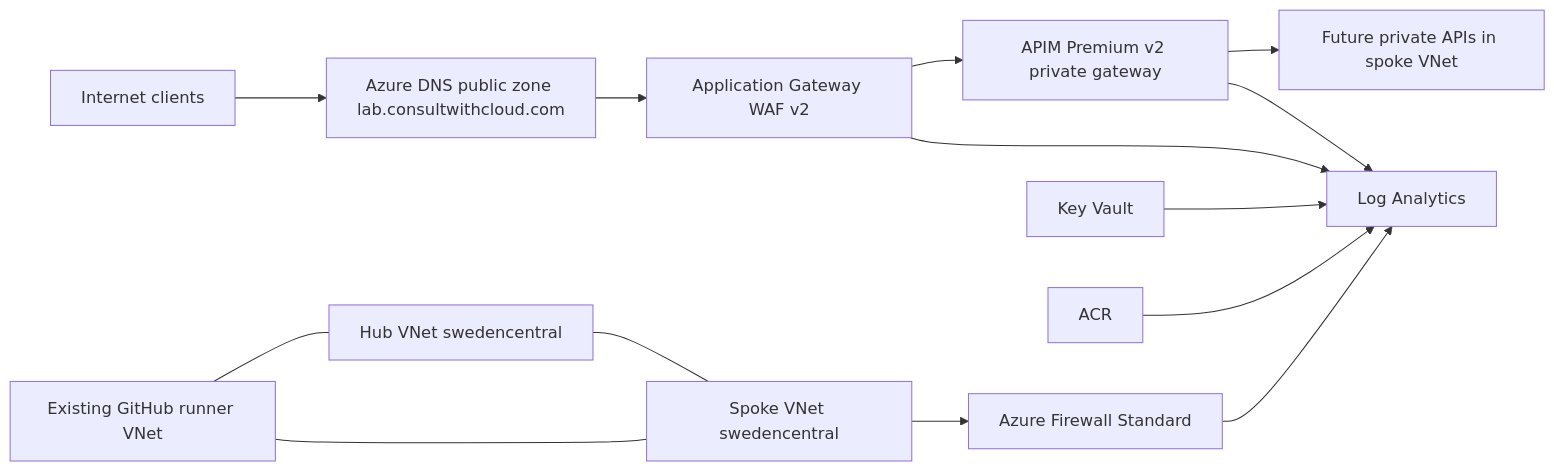
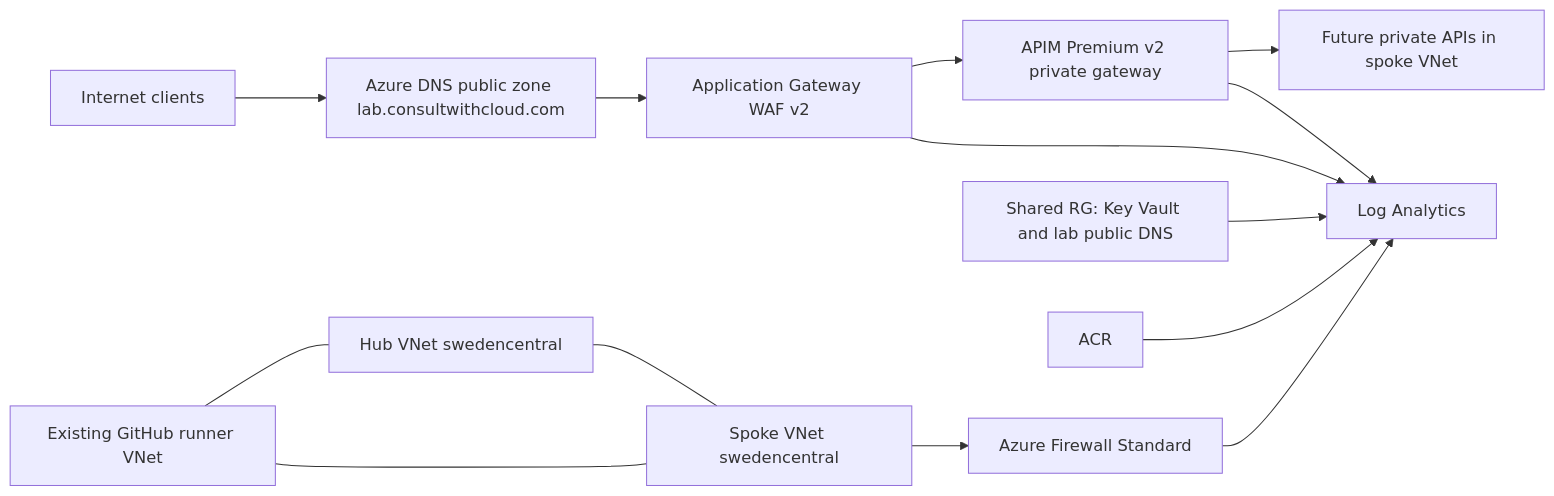
One commit to collaborationwithothers/azure-apim-ai-gateway-architecture-lab changed the diagram in design-log/001-hub-spoke-apim-edge-platform.md. Above: the diagram before and after it, drawn with Mermaid. The commit also changed other lines of this file and 25 other files, not shown here.

Commit message:
Add persistent bootstrap and retained destroy flow

````diff
--- a/design-log/001-hub-spoke-apim-edge-platform.md
+++ b/design-log/001-hub-spoke-apim-edge-platform.md
@@ -102,18 +110,18 @@
 ```mermaid
 flowchart LR
   internet[Internet clients] --> dns[Azure DNS public zone lab.consultwithcloud.com]
   dns --> appgw[Application Gateway WAF v2]
   appgw --> apim[APIM Premium v2 private gateway]
   apim --> spoke[Future private APIs in spoke VNet]
 
   runner[Existing GitHub runner VNet] --- hub[Hub VNet swedencentral]
   runner --- spokeVnet[Spoke VNet swedencentral]
   hub --- spokeVnet
 
   spokeVnet --> fw[Azure Firewall Standard]
   appgw --> law[Log Analytics]
   apim --> law
   fw --> law
-  kv[Key Vault] --> law
+  shared[Shared RG: Key Vault and lab public DNS] --> law
   acr[ACR] --> law
 ```
````
